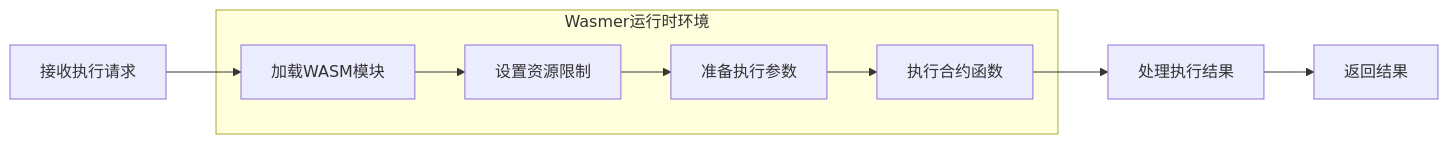
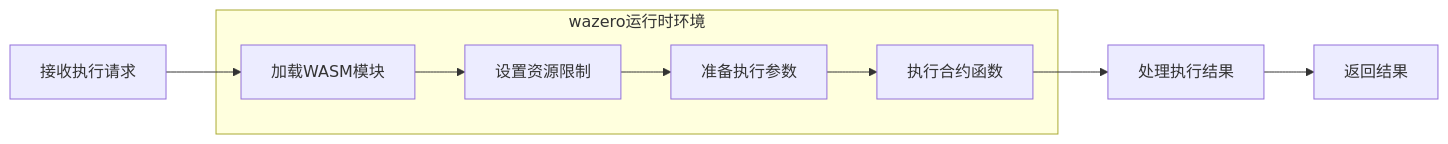
The third of 5 diagrams in docs/vm_architecture.md (govm-net/vm), drawn with Mermaid before and after one commit. The commit also changed other lines of this file and 59 other files, not shown here.

````diff
--- a/docs/vm_architecture.md
+++ b/docs/vm_architecture.md
@@ -271,16 +270,16 @@
 ```mermaid
 flowchart LR
     A[接收执行请求] --> B[加载WASM模块]
     B --> C[设置资源限制]
     C --> D[准备执行参数]
     D --> E[执行合约函数]
     E --> F[处理执行结果]
     F --> G[返回结果]
     
-    subgraph Wasmer运行时环境
+    subgraph wazero运行时环境
         B
         C
         D
         E
     end
 ```
````
